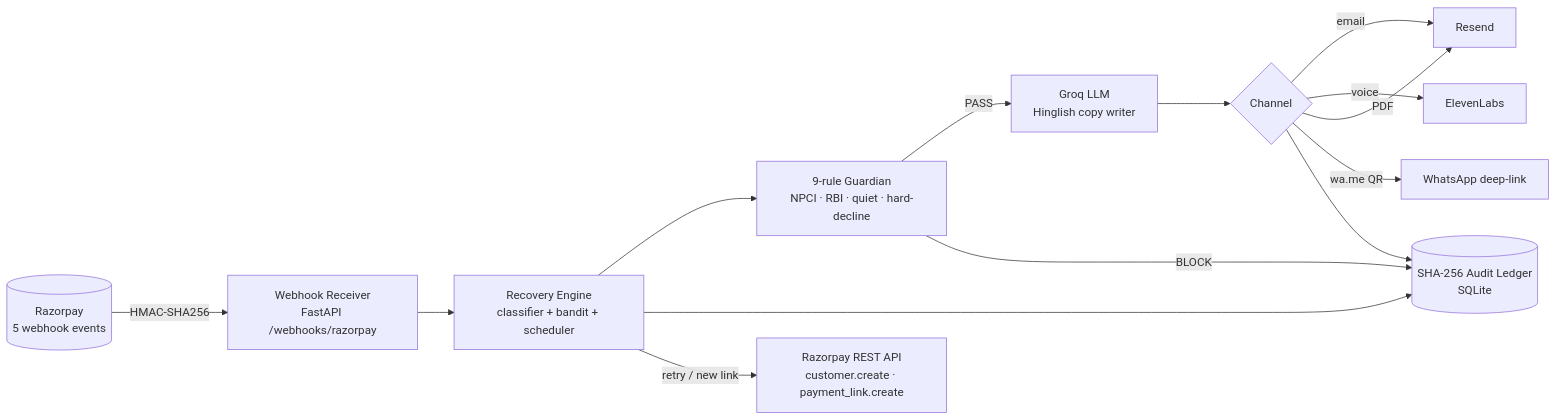
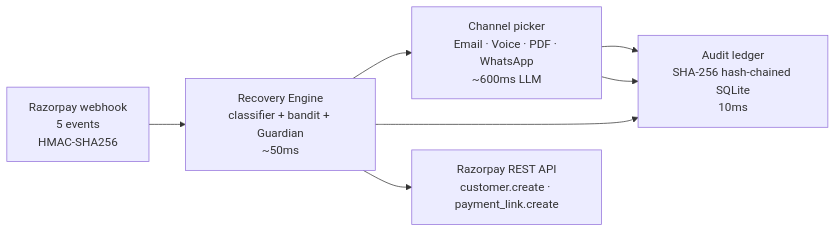
Before and after one commit to JoelDlima/Cadence: the diagram in README.md, drawn with Mermaid. The commit also changed other lines of this file, not shown here.

First line of the commit message:
docs: final README + References (8 sections, 9-rule Guardian, Mermaid diagram)

````diff
--- a/README.md
+++ b/README.md
@@ -67,16 +31,9 @@
 ```mermaid
 flowchart LR
-  RZ[("Razorpay<br/>5 webhook events")] -->|HMAC-SHA256| WH[Webhook Receiver<br/>FastAPI /webhooks/razorpay]
-  WH --> EN["Recovery Engine<br/>classifier + bandit + scheduler"]
-  EN --> G["9-rule Guardian<br/>NPCI · RBI · quiet · hard-decline"]
-  G -->|PASS| LLM["Groq LLM<br/>Hinglish copy writer"]
-  LLM --> CH{Channel}
-  CH -->|email| RS[Resend]
-  CH -->|voice| EL[ElevenLabs]
-  CH -->|PDF| RS
-  CH -->|wa.me QR| WA["WhatsApp deep-link"]
-  G -->|BLOCK| AUD[("SHA-256 Audit Ledger<br/>SQLite")]
-  EN --> AUD
+  RZ["Razorpay webhook<br/>5 events<br/>HMAC-SHA256"] --> ENG["Recovery Engine<br/>classifier + bandit + Guardian<br/>~50ms"]
+  ENG --> CH["Channel picker<br/>Email · Voice · PDF · WhatsApp<br/>~600ms LLM"]
+  CH --> AUD["Audit ledger<br/>SHA-256 hash-chained SQLite<br/>10ms"]
+  ENG --> AUD
   CH --> AUD
-  EN -->|retry / new link| RZAPI["Razorpay REST API<br/>customer.create · payment_link.create"]
+  ENG --> RZAPI["Razorpay REST API<br/>customer.create · payment_link.create"]
 ```
````
